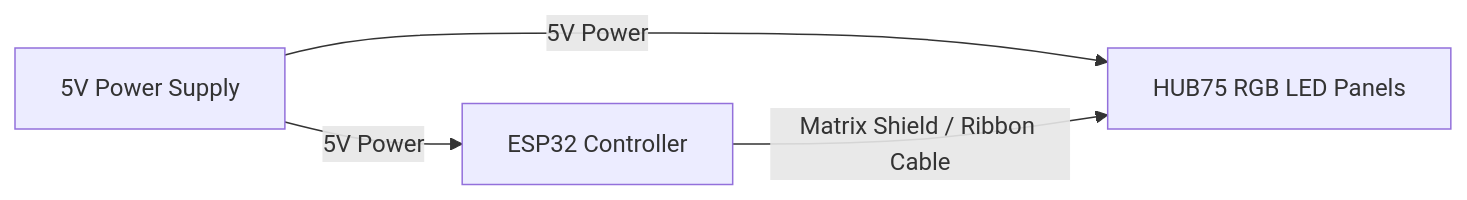
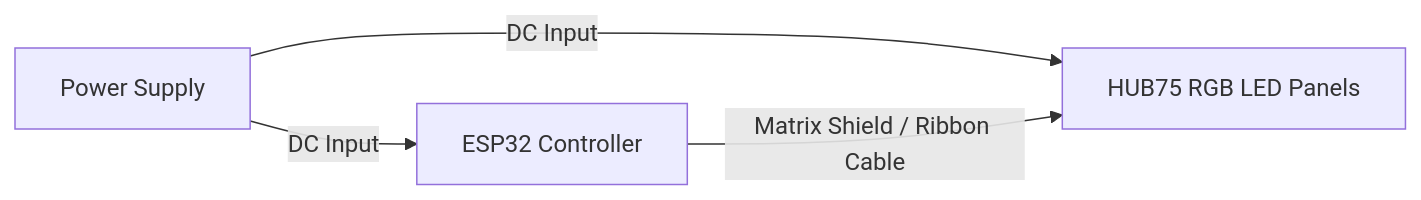
The diagram in docs/shopping_list.md (grahamsw/starsandstripes), drawn with Mermaid before and after one commit. The commit also changed other lines of this file, not shown here.

Commit message:
Update shopping list to include safe 24V brick + 5V buck converter power parts

````diff
--- a/docs/shopping_list.md
+++ b/docs/shopping_list.md
@@ -21,6 +21,6 @@
 ```mermaid
 graph LR
-    PSU[5V Power Supply] -->|5V Power| Panel[HUB75 RGB LED Panels]
-    PSU -->|5V Power| ESP32[ESP32 Controller]
+    PSU[Power Supply] -->|DC Input| Panel[HUB75 RGB LED Panels]
+    PSU -->|DC Input| ESP32[ESP32 Controller]
     ESP32 -->|Matrix Shield / Ribbon Cable| Panel
 ```
````
